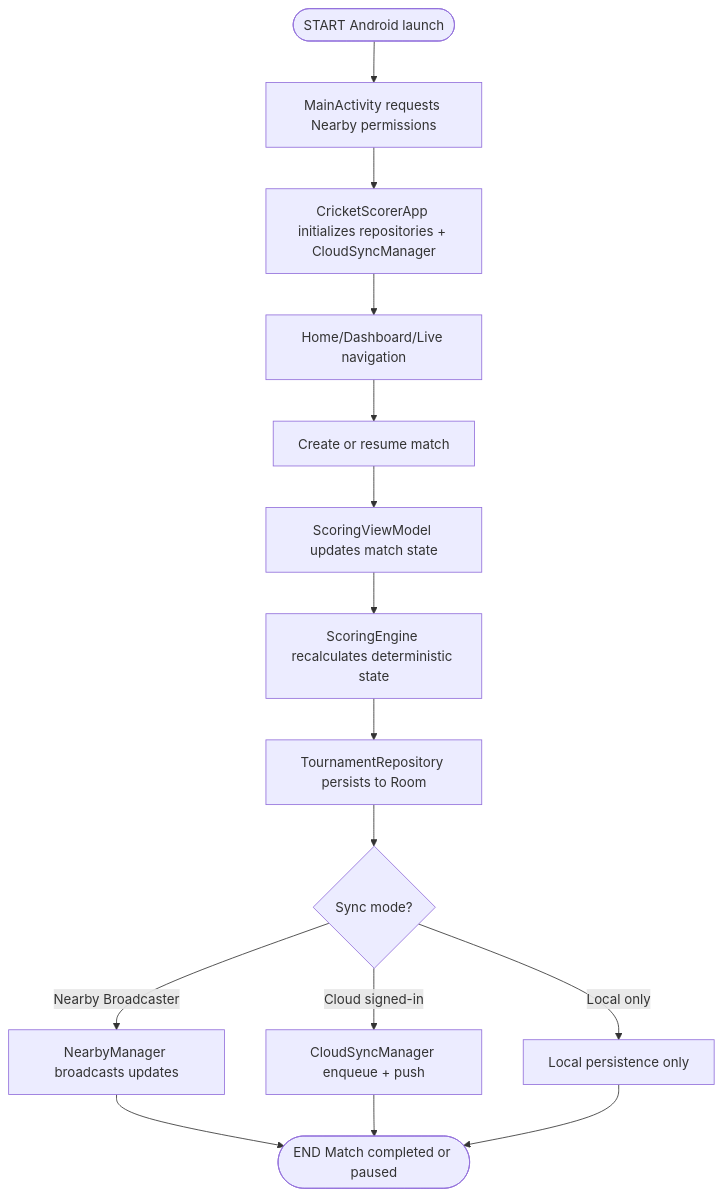
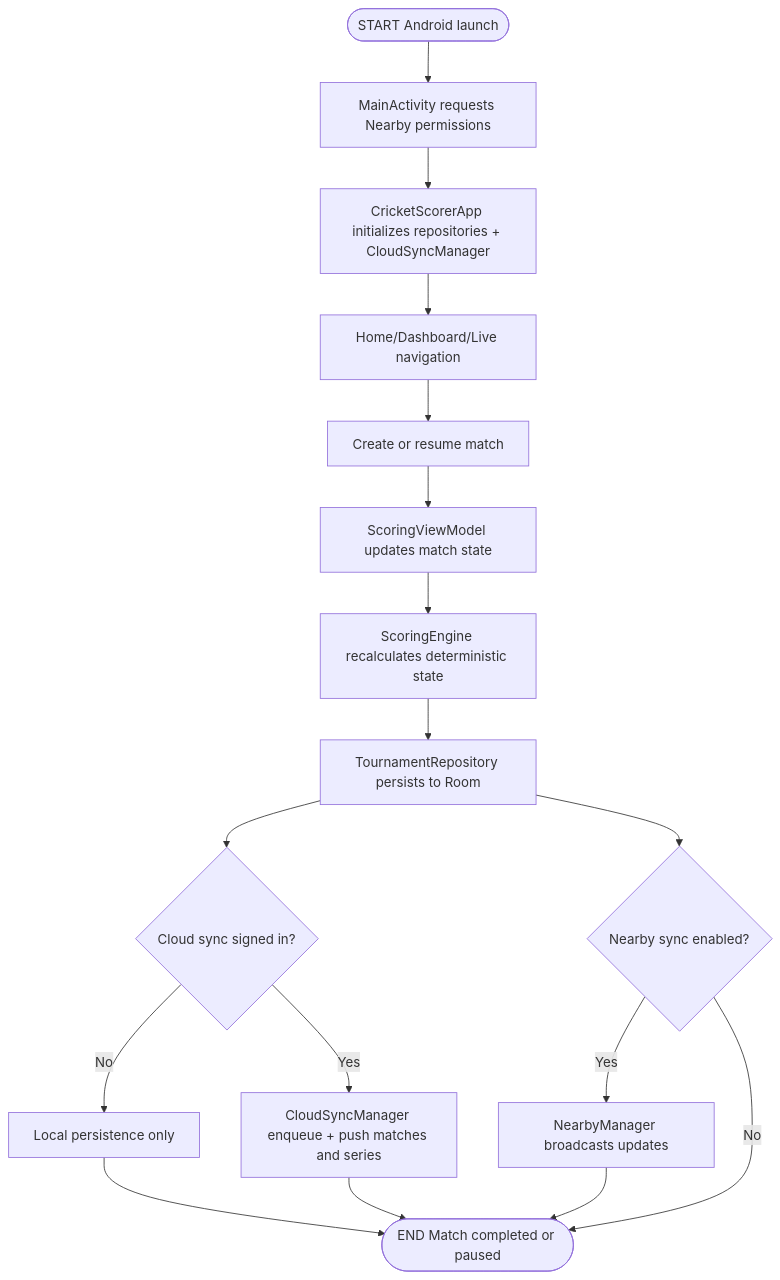
One commit to Ankojin/CricketScorer-web changed the second of 5 diagrams in doc/BOTH_APPS_ARCHITECTURE_COMPLETE_DOCUMENT.md. Above: the diagram before and after it, drawn with Mermaid. The commit also changed other lines of this file and 22 other files, not shown here.

````diff
--- a/doc/BOTH_APPS_ARCHITECTURE_COMPLETE_DOCUMENT.md
+++ b/doc/BOTH_APPS_ARCHITECTURE_COMPLETE_DOCUMENT.md
@@ -68,17 +68,19 @@
 ```mermaid
 flowchart TD
     A0([START Android launch]) --> A1[MainActivity requests Nearby permissions]
     A1 --> A2[CricketScorerApp initializes repositories + CloudSyncManager]
     A2 --> A3[Home/Dashboard/Live navigation]
     A3 --> A4[Create or resume match]
     A4 --> A5[ScoringViewModel updates match state]
     A5 --> A6[ScoringEngine recalculates deterministic state]
     A6 --> A7[TournamentRepository persists to Room]
-    A7 --> A8{Sync mode?}
-    A8 -->|Nearby Broadcaster| A9[NearbyManager broadcasts updates]
-    A8 -->|Cloud signed-in| A10[CloudSyncManager enqueue + push]
-    A8 -->|Local only| A11[Local persistence only]
-    A9 --> A12([END Match completed or paused])
+    A7 --> A8{Cloud sync signed in?}
+    A8 -->|No| A11[Local persistence only]
+    A8 -->|Yes| A10[CloudSyncManager enqueue + push matches and series]
+    A7 --> A9{Nearby sync enabled?}
+    A9 -->|Yes| A13[NearbyManager broadcasts updates]
+    A9 -->|No| A12([END Match completed or paused])
     A10 --> A12
     A11 --> A12
+    A13 --> A12
 ```
````
